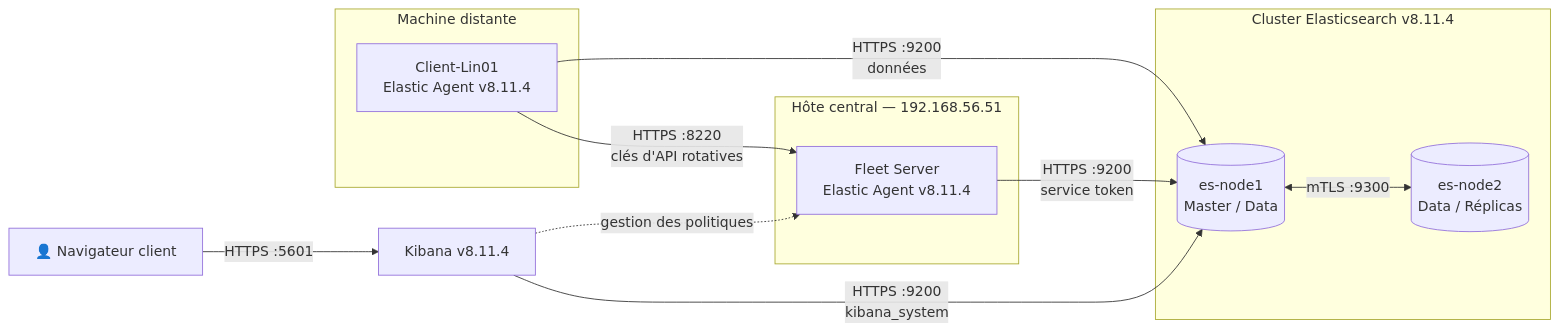
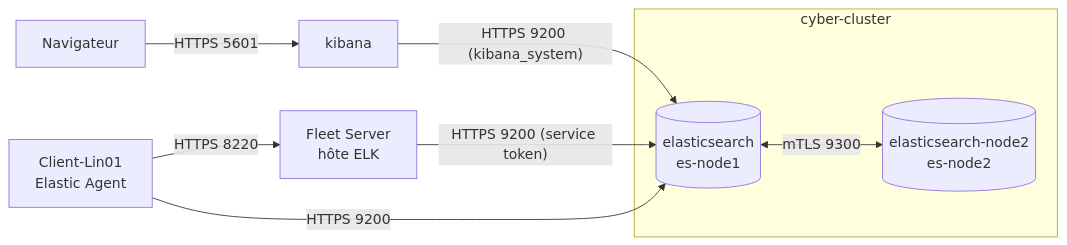
One commit to CodjoH/Elastic-Stack-Secure-Observability-Platform changed the diagram in docs/architecture.md. Above: the diagram before and after it, drawn with Mermaid. The commit also changed other lines of this file and 3 other files, not shown here.

Commit message:
docs : architecture et durcissement alignés sur le compose réel

````diff
--- a/docs/architecture.md
+++ b/docs/architecture.md
@@ -7,24 +11,15 @@
 ```mermaid
 flowchart LR
-    U[👤 Navigateur client] -- "HTTPS :5601" --> K[Kibana v8.11.4]
-    K -- "HTTPS :9200<br/>kibana_system" --> N1
+    U[Navigateur] -- "HTTPS 5601" --> K[kibana]
+    K -- "HTTPS 9200 (kibana_system)" --> N1
 
-    subgraph CLUSTER["Cluster Elasticsearch v8.11.4"]
-        N1[(es-node1<br/>Master / Data)]
-        N2[(es-node2<br/>Data / Réplicas)]
-        N1 <-- "mTLS :9300" --> N2
+    subgraph CLUSTER[cyber-cluster]
+        N1[(elasticsearch<br/>es-node1)]
+        N2[(elasticsearch-node2<br/>es-node2)]
+        N1 <-- "mTLS 9300" --> N2
     end
 
-    subgraph HOST["Hôte central — 192.168.56.51"]
-        FS[Fleet Server<br/>Elastic Agent v8.11.4]
-    end
-
-    subgraph CLIENT["Machine distante"]
-        A[Client-Lin01<br/>Elastic Agent v8.11.4]
-    end
-
-    A -- "HTTPS :8220<br/>clés d'API rotatives" --> FS
-    A -- "HTTPS :9200<br/>données" --> N1
-    FS -- "HTTPS :9200<br/>service token" --> N1
-    K -. "gestion des politiques" .-> FS
+    FS[Fleet Server<br/>hôte ELK] -- "HTTPS 9200 (service token)" --> N1
+    A[Client-Lin01<br/>Elastic Agent] -- "HTTPS 8220" --> FS
+    A -- "HTTPS 9200" --> N1
 ```
````
